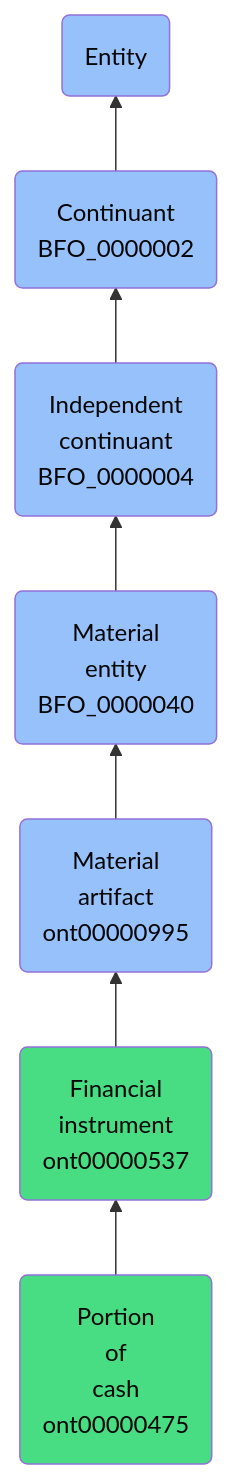
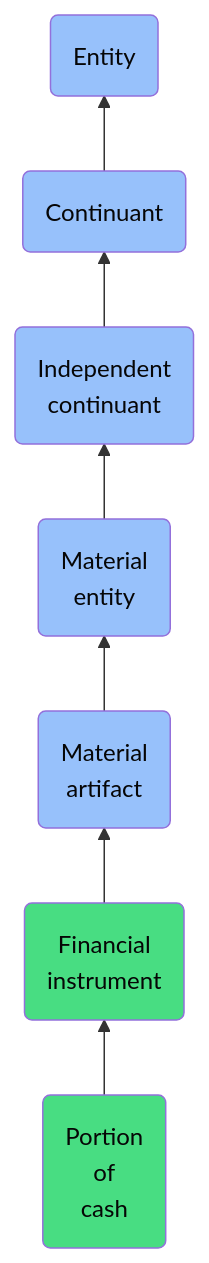
One commit to jupyter-naas/abi changed the diagram in docs/ontology/reference/model/Entity/Continuant/Independent continuant/Material entity/Material artifact/Financial instrument/Portion of cash/Portion of cash.md. Above: the diagram before and after it, drawn with Mermaid. The commit also changed other lines of this file and 1430 other files, not shown here.

````diff
--- a/docs/ontology/reference/model/Entity/Continuant/Independent continuant/Material entity/Material artifact/Financial instrument/Portion of cash/Portion of cash.md
+++ b/docs/ontology/reference/model/Entity/Continuant/Independent continuant/Material entity/Material artifact/Financial instrument/Portion of cash/Portion of cash.md
@@ -24,14 +24,14 @@
 ```mermaid
 graph BT
-    ont00000475(Portion<br>of<br>cash<br>ont00000475):::ABI-->ont00000537
-    ont00000537(Financial<br>instrument<br>ont00000537):::ABI-->ont00000995
-    ont00000995(Material<br>artifact<br>ont00000995):::BFO-->BFO_0000040
-    BFO_0000040(Material<br>entity<br>BFO_0000040):::BFO-->BFO_0000004
-    BFO_0000004(Independent<br>continuant<br>BFO_0000004):::BFO-->BFO_0000002
-    BFO_0000002(Continuant<br>BFO_0000002):::BFO-->BFO_0000001
+    ont00000475(Portion<br>of<br>cash):::ABI-->ont00000537
+    ont00000537(Financial<br>instrument):::ABI-->ont00000995
+    ont00000995(Material<br>artifact):::BFO-->BFO_0000040
+    BFO_0000040(Material<br>entity):::BFO-->BFO_0000004
+    BFO_0000004(Independent<br>continuant):::BFO-->BFO_0000002
+    BFO_0000002(Continuant):::BFO-->BFO_0000001
     BFO_0000001(Entity):::BFO
     
     classDef BFO fill:#97c1fb,color:#060606
     classDef CCO fill:#e4c51e,color:#060606
     classDef ABI fill:#48DD82,color:#060606
 ```
````
